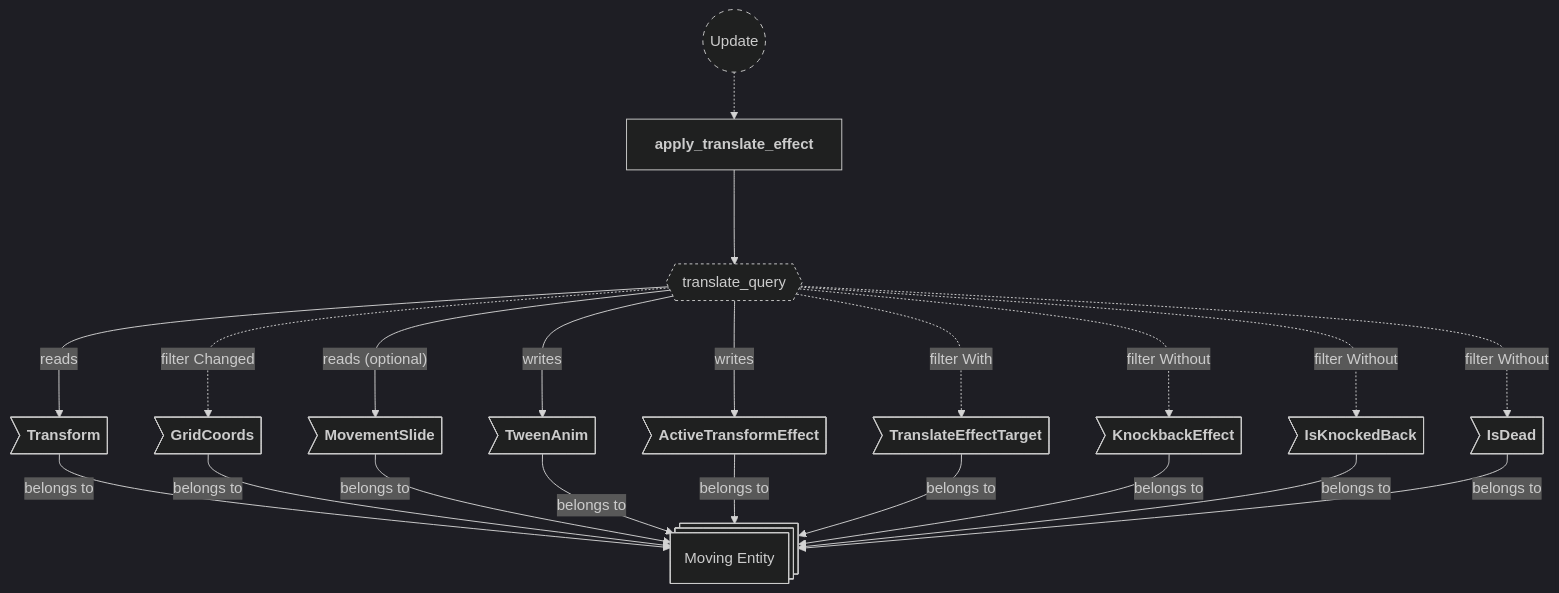
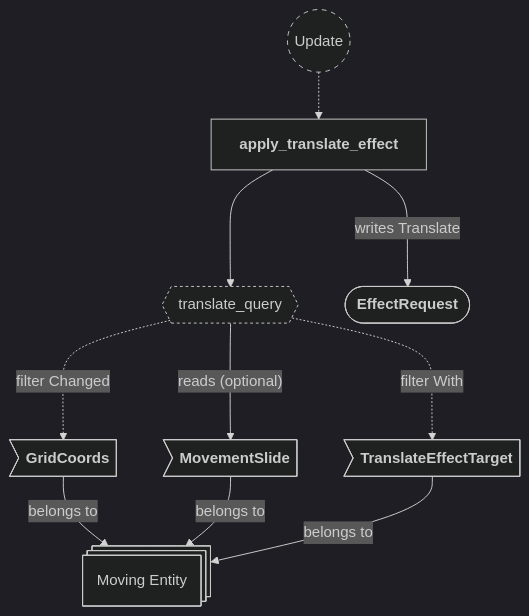
The fourth of 25 diagrams in backlog/docs/doc-10 - 008-Effects-plugin.md (neurosoup/tyled), drawn with Mermaid before and after one commit. The commit also changed other lines of this file and 10 other files, not shown here.

````diff
--- a/backlog/docs/doc-10 - 008-Effects-plugin.md
+++ b/backlog/docs/doc-10 - 008-Effects-plugin.md
@@ -323,40 +323,31 @@
 ```mermaid
 ---
 config:
   theme: dark
 ---
 
 flowchart TD
 classDef system-group stroke-dasharray: 5 5
 classDef query stroke-dasharray: 3 3
 
 update(("`Update`")):::system-group
 apply_translate_effect["`**apply_translate_effect**`"]
 
 update -.-> apply_translate_effect
 
 translate_query{{"`translate_query`"}}:::query
 apply_translate_effect ---> translate_query
 
 moving_entity@{ shape: st-rect, label: "Moving Entity" }
 
-me_transform>"`**Transform**`"] --> |belongs to| moving_entity
 me_grid_coords>"`**GridCoords**`"] --> |belongs to| moving_entity
 me_slide>"`**MovementSlide**`"] --> |belongs to| moving_entity
-me_tween_anim>"`**TweenAnim**`"] --> |belongs to| moving_entity
-me_active>"`**ActiveTransformEffect**`"] --> |belongs to| moving_entity
 me_marker>"`**TranslateEffectTarget**`"] --> |belongs to| moving_entity
-me_knockback>"`**KnockbackEffect**`"] --> |belongs to| moving_entity
-me_is_knocked>"`**IsKnockedBack**`"] --> |belongs to| moving_entity
-me_is_dead>"`**IsDead**`"] --> |belongs to| moving_entity
 
-translate_query ---> |reads| me_transform
 translate_query -..-> |filter Changed| me_grid_coords
 translate_query ---> |"reads (optional)"| me_slide
-translate_query ---> |writes| me_tween_anim
-translate_query ---> |writes| me_active
 translate_query -..-> |filter With| me_marker
-translate_query -..-> |filter Without| me_knockback
-translate_query -..-> |filter Without| me_is_knocked
-translate_query -..-> |filter Without| me_is_dead
+
+effect_request(["`**EffectRequest**`"])
+apply_translate_effect ---> |writes Translate| effect_request
 ```
````
